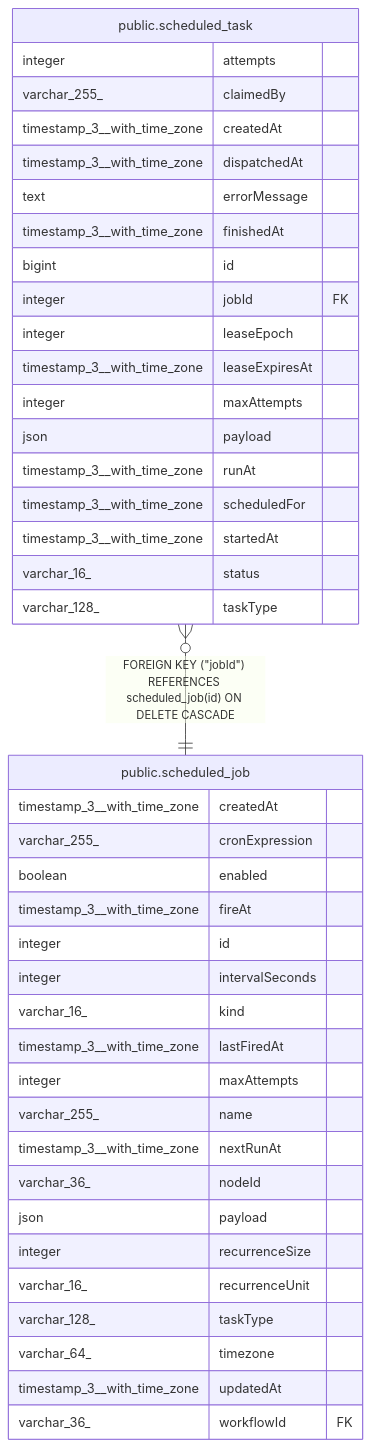
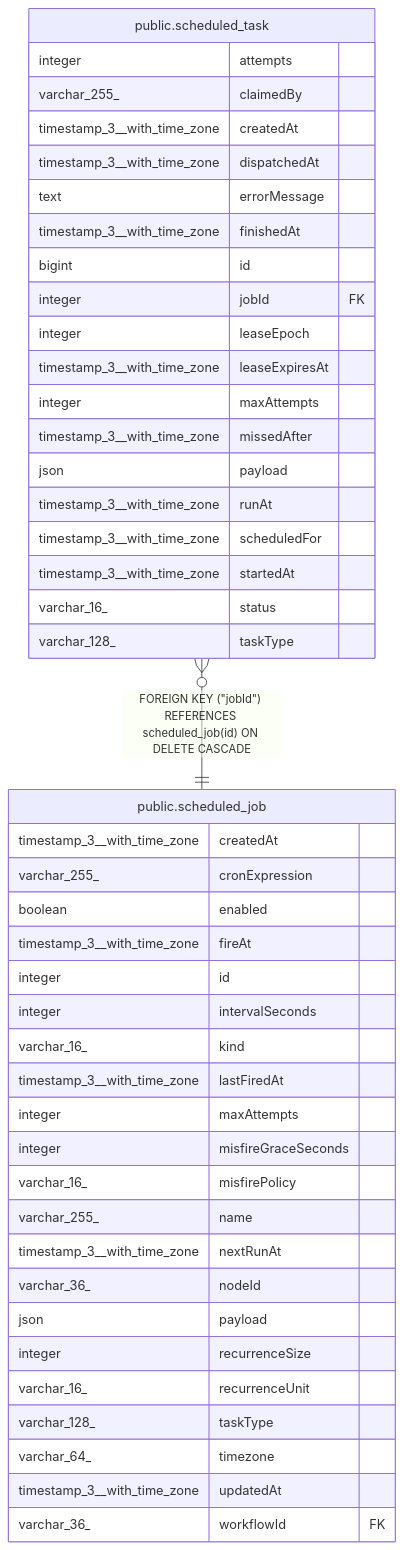
Before and after one commit to mayankjain1815-commits/n8n: the diagram in docs/generated/postgres-schema/public.scheduled_task.md, drawn with Mermaid. The commit also changed other lines of this file and 62 other files, not shown here.

Commit message:
feat(core): Add a misfire policy to the durable scheduler (#35075)

````diff
--- a/docs/generated/postgres-schema/public.scheduled_task.md
+++ b/docs/generated/postgres-schema/public.scheduled_task.md
@@ -57,46 +59,49 @@
 ```mermaid
 erDiagram
 
 "public.scheduled_task" }o--|| "public.scheduled_job" : "FOREIGN KEY (#quot;jobId#quot;) REFERENCES scheduled_job(id) ON DELETE CASCADE"
 
 "public.scheduled_task" {
   integer attempts
   varchar_255_ claimedBy
   timestamp_3__with_time_zone createdAt
   timestamp_3__with_time_zone dispatchedAt
   text errorMessage
   timestamp_3__with_time_zone finishedAt
   bigint id
   integer jobId FK
   integer leaseEpoch
   timestamp_3__with_time_zone leaseExpiresAt
   integer maxAttempts
+  timestamp_3__with_time_zone missedAfter
   json payload
   timestamp_3__with_time_zone runAt
   timestamp_3__with_time_zone scheduledFor
   timestamp_3__with_time_zone startedAt
   varchar_16_ status
   varchar_128_ taskType
 }
 "public.scheduled_job" {
   timestamp_3__with_time_zone createdAt
   varchar_255_ cronExpression
   boolean enabled
   timestamp_3__with_time_zone fireAt
   integer id
   integer intervalSeconds
   varchar_16_ kind
   timestamp_3__with_time_zone lastFiredAt
   integer maxAttempts
+  integer misfireGraceSeconds
+  varchar_16_ misfirePolicy
   varchar_255_ name
   timestamp_3__with_time_zone nextRunAt
   varchar_36_ nodeId
   json payload
   integer recurrenceSize
   varchar_16_ recurrenceUnit
   varchar_128_ taskType
   varchar_64_ timezone
   timestamp_3__with_time_zone updatedAt
   varchar_36_ workflowId FK
 }
 ```
````
